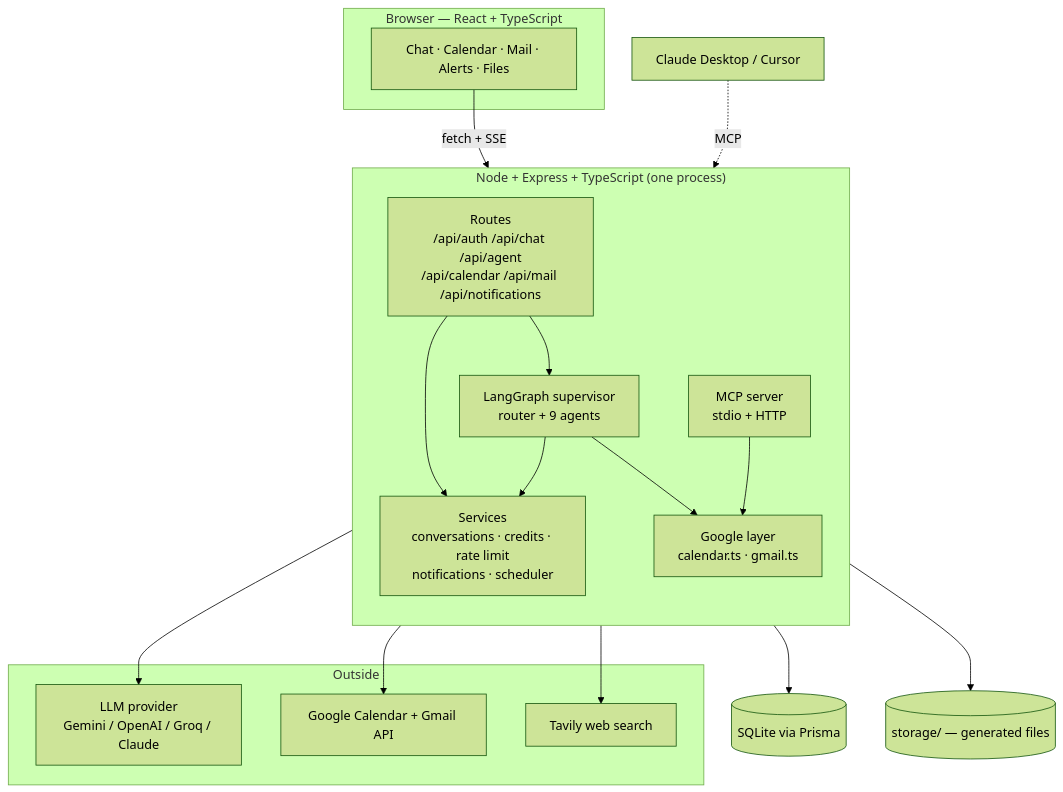
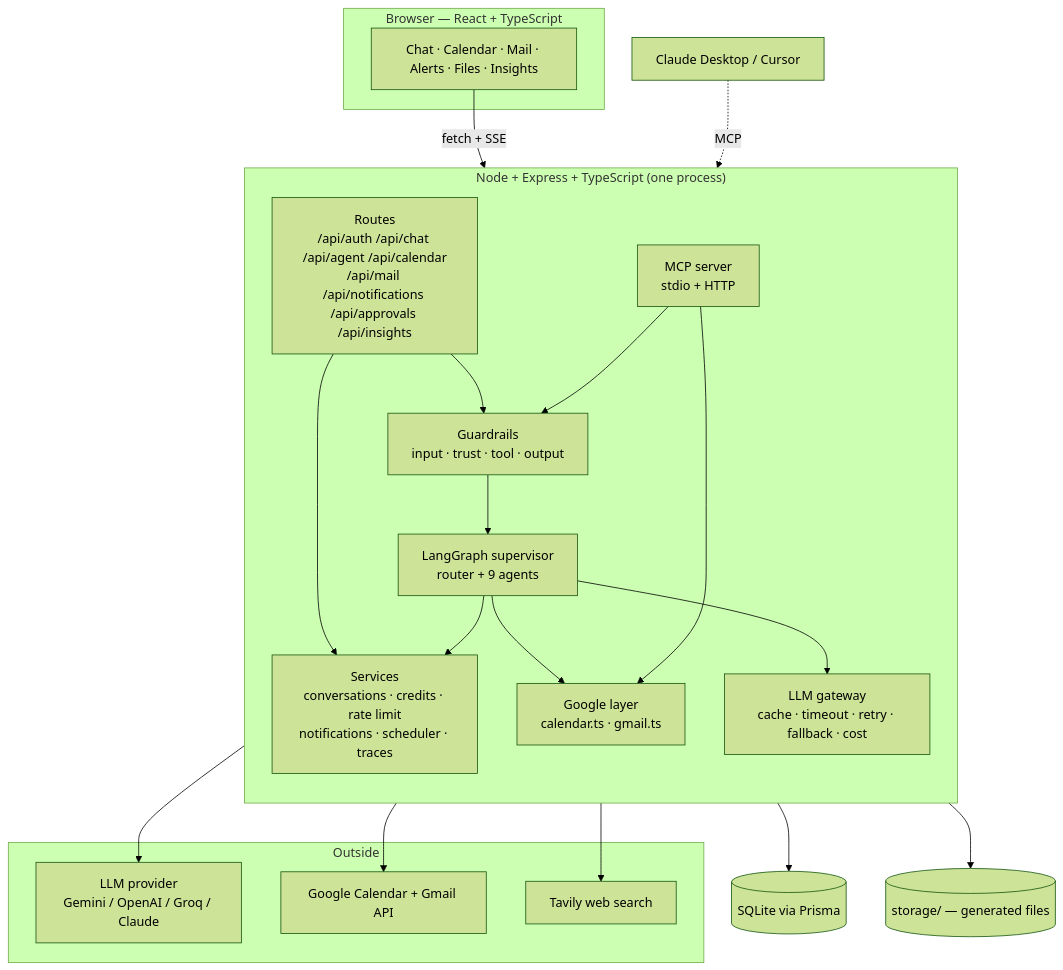
One commit to X-Rachit-X/AI_Secretary changed the first of 12 diagrams in docs/01-ARCHITECTURE.md. Above: the diagram before and after it, drawn with Mermaid (forest theme). The commit also changed other lines of this file and 30 other files, not shown here.

First line of the commit message:
feat: guardrails, human-in-the-loop approvals, evals and observability

````diff
--- a/docs/01-ARCHITECTURE.md
+++ b/docs/01-ARCHITECTURE.md
@@ -20,38 +20,43 @@
 ```mermaid
 graph TB
     subgraph Browser["Browser — React + TypeScript"]
-        UI["Chat · Calendar · Mail · Alerts · Files"]
+        UI["Chat · Calendar · Mail · Alerts · Files · Insights"]
     end
 
     subgraph Server["Node + Express + TypeScript (one process)"]
         direction TB
-        R["Routes<br/>/api/auth /api/chat /api/agent<br/>/api/calendar /api/mail /api/notifications"]
+        R["Routes<br/>/api/auth /api/chat /api/agent /api/calendar<br/>/api/mail /api/notifications /api/approvals /api/insights"]
+        GR["Guardrails<br/>input · trust · tool · output"]
         G["LangGraph supervisor<br/>router + 9 agents"]
-        S["Services<br/>conversations · credits · rate limit<br/>notifications · scheduler"]
+        GW["LLM gateway<br/>cache · timeout · retry · fallback · cost"]
+        S["Services<br/>conversations · credits · rate limit<br/>notifications · scheduler · traces"]
         GO["Google layer<br/>calendar.ts · gmail.ts"]
         MCP["MCP server<br/>stdio + HTTP"]
     end
 
     subgraph External["Outside"]
         LLM["LLM provider<br/>Gemini / OpenAI / Groq / Claude"]
         GAPI["Google Calendar + Gmail API"]
         TAV["Tavily web search"]
     end
 
     DB[("SQLite via Prisma")]
     FS[("storage/ — generated files")]
 
     UI -->|"fetch + SSE"| R
-    R --> G
+    R --> GR
+    GR --> G
     R --> S
     G --> S
     G --> GO
-    G --> LLM
+    G --> GW
+    GW --> LLM
     G --> TAV
+    MCP --> GR
     MCP --> GO
     GO --> GAPI
     S --> DB
     G --> FS
 
     HOST["Claude Desktop / Cursor"] -.->|"MCP"| MCP
 ```
````
